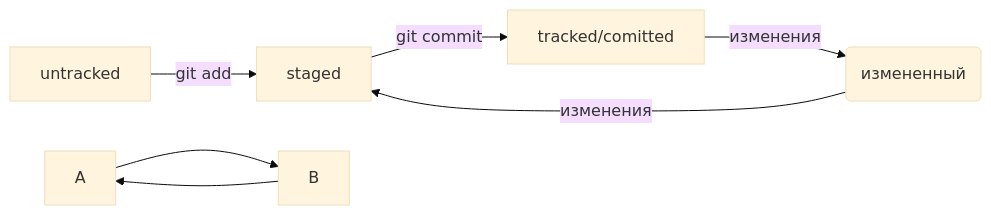
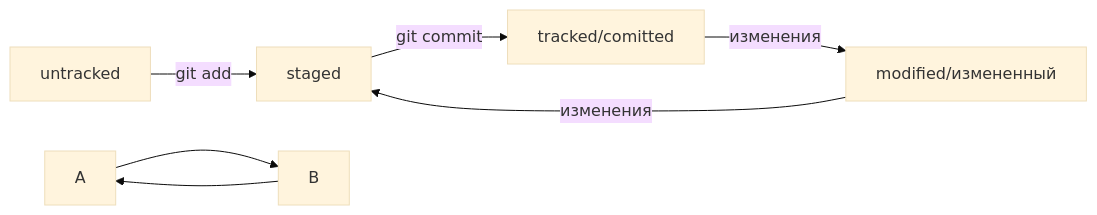
The diagram in README.md (Rus-tem/to_start_learning_java), drawn with Mermaid (base theme) before and after one commit.

Commit message:
Изменение mermaid-схемы

````diff
--- a/README.md
+++ b/README.md
@@ -108,10 +108,10 @@
 ```mermaid
 graph LR;
   untracked -- "git add" --> staged;
   staged    -- "git commit"     --> tracked/comitted;
-  tracked/comitted -- "изменения"	--> modified(измененный);
-  modified(измененный) -- "изменения" --> staged;
+  tracked/comitted -- "изменения"	--> modified/измененный;
+  modified/измененный -- "изменения" --> staged;
 %% стрелка без текста для примера: 
   A --> B;
   B --> A;
 ```
````
